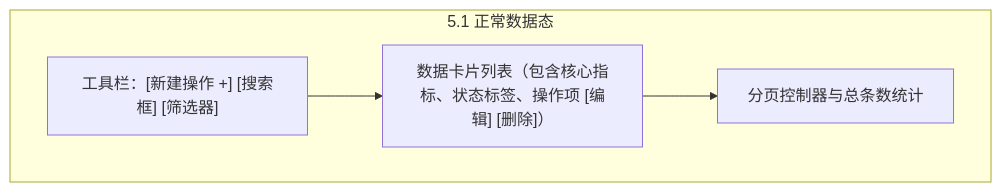
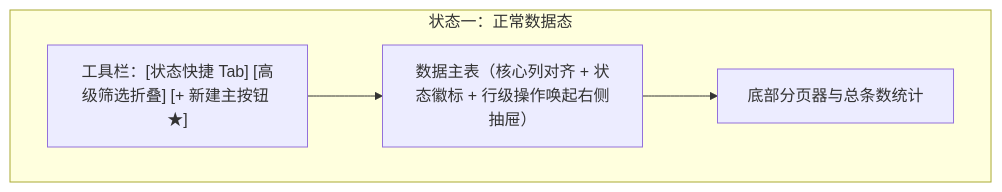
The second of 5 diagrams in resources/templates/product_design/prototype_template.md (zhaoxuan-inside/hs-dev-skill), drawn with Mermaid before and after one commit. The commit also changed other lines of this file and 10 other files, not shown here.

Commit message:
feat(product-design): upgrade stage-0 product discovery, UX laws, dual-track ASCII+Mermaid prototypes, and Gherkin DoD (v2.25)

````diff
--- a/resources/templates/product_design/prototype_template.md
+++ b/resources/templates/product_design/prototype_template.md
@@ -107,9 +131,9 @@
 ```mermaid
 flowchart TB
-  subgraph Populated["5.1 正常数据态"]
-    ActionBar["工具栏：[新建操作 +] [搜索框] [筛选器]"]
-    DataTable["数据卡片列表（包含核心指标、状态标签、操作项 [编辑] [删除]）"]
-    Pagination["分页控制器与总条数统计"]
+  subgraph Populated["状态一：正常数据态"]
+    ActionBar["工具栏：[状态快捷 Tab] [高级筛选折叠] [+ 新建主按钮 ★]"]
+    DataTable["数据主表（核心列对齐 + 状态徽标 + 行级操作唤起右侧抽屉）"]
+    Pagination["底部分页器与总条数统计"]
     ActionBar --> DataTable --> Pagination
   end
 ```
````
